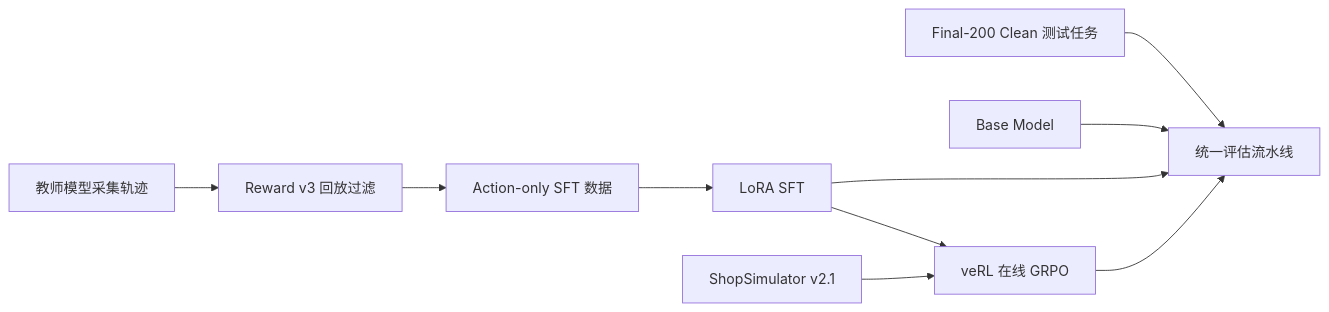
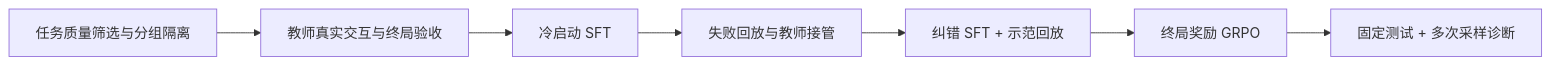
Before and after one commit to WYXNICK/ecommerce-agent-posttrain: the diagram in README.md, drawn with Mermaid. The commit also changed other lines of this file and 56 other files, not shown here.

````diff
--- a/README.md
+++ b/README.md
@@ -52,12 +11,9 @@
 ```mermaid
 flowchart LR
-    A[教师模型采集轨迹] --> B[Reward v3 回放过滤]
-    B --> C[Action-only SFT 数据]
-    C --> D[LoRA SFT]
-    D --> E[veRL 在线 GRPO]
-    F[ShopSimulator v2.1] --> E
-    G[Final-200 Clean 测试任务] --> H[统一评估流水线]
-    I[Base Model] --> H
-    D --> H
-    E --> H
+    A[任务质量筛选与分组隔离] --> B[教师真实交互与终局验收]
+    B --> C[冷启动 SFT]
+    C --> D[失败回放与教师接管]
+    D --> E[纠错 SFT + 示范回放]
+    E --> F[终局奖励 GRPO]
+    F --> G[固定测试 + 多次采样诊断]
 ```
````
